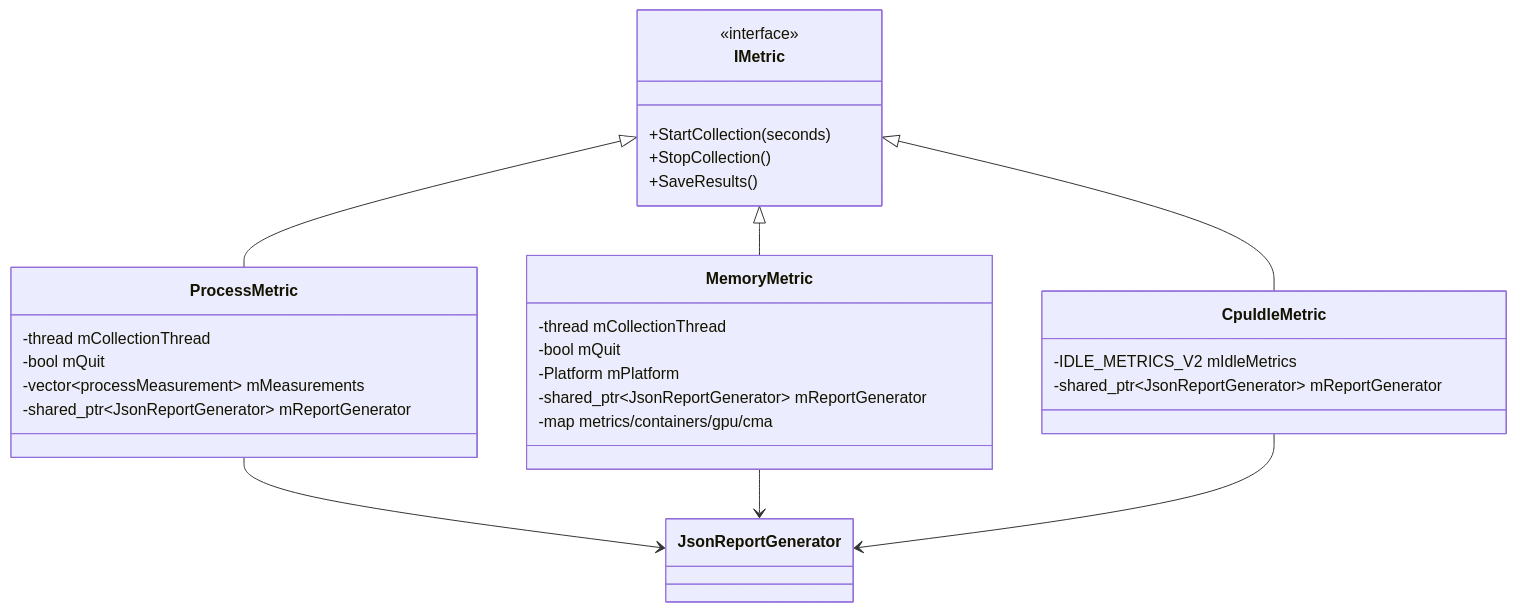
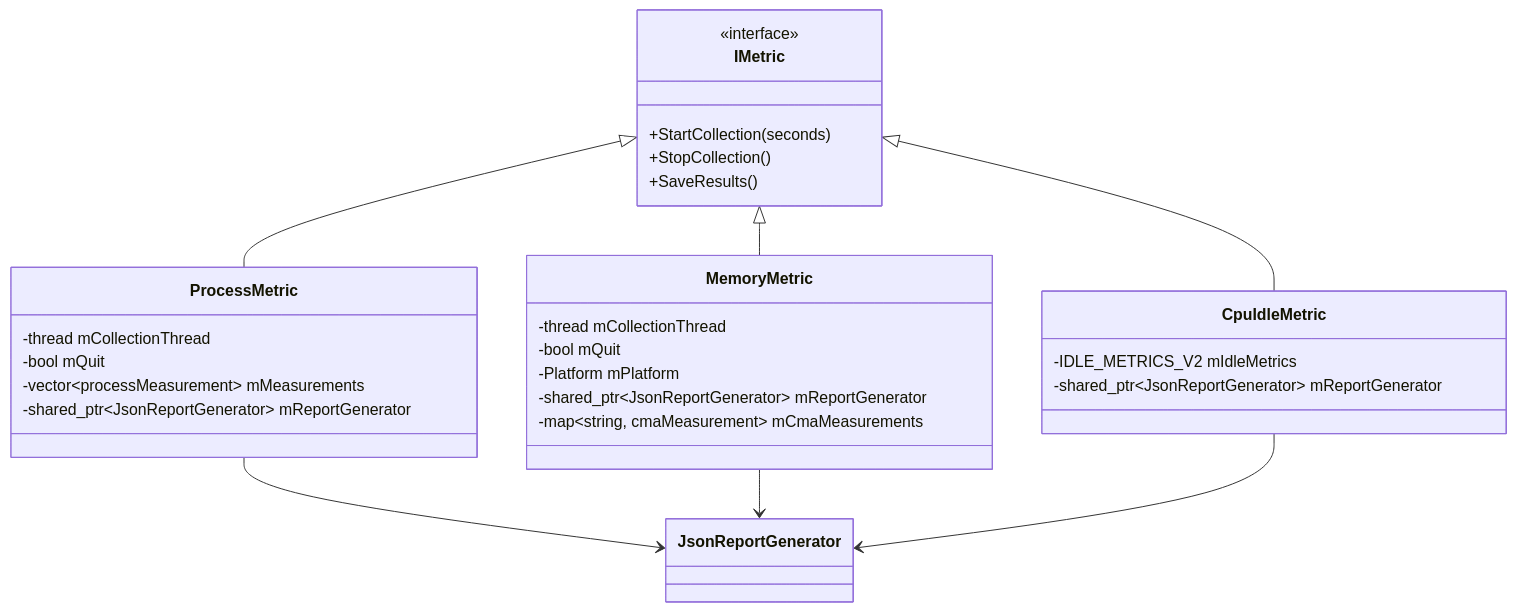
Before and after one commit to rdkcentral/MemCapture: the diagram in openspec/subsystems/imetric-architecture.md, drawn with Mermaid. The commit also changed 2 other files, not shown here.

Commit message:
Address OpenSpec attribution

````diff
--- a/openspec/subsystems/imetric-architecture.md
+++ b/openspec/subsystems/imetric-architecture.md
@@ -29,38 +29,38 @@
 ```mermaid
 classDiagram
     class IMetric {
       <<interface>>
       +StartCollection(seconds)
       +StopCollection()
       +SaveResults()
     }
 
     class ProcessMetric {
       -thread mCollectionThread
       -bool mQuit
       -vector~processMeasurement~ mMeasurements
       -shared_ptr~JsonReportGenerator~ mReportGenerator
     }
 
     class MemoryMetric {
       -thread mCollectionThread
       -bool mQuit
       -Platform mPlatform
       -shared_ptr~JsonReportGenerator~ mReportGenerator
-      -map metrics/containers/gpu/cma
+      -map~string, cmaMeasurement~ mCmaMeasurements
     }
 
     class CpuIdleMetric {
       -IDLE_METRICS_V2 mIdleMetrics
       -shared_ptr~JsonReportGenerator~ mReportGenerator
     }
 
     class JsonReportGenerator
 
     IMetric <|-- ProcessMetric
     IMetric <|-- MemoryMetric
     IMetric <|-- CpuIdleMetric
     ProcessMetric --> JsonReportGenerator
     MemoryMetric --> JsonReportGenerator
     CpuIdleMetric --> JsonReportGenerator
 ```
````
